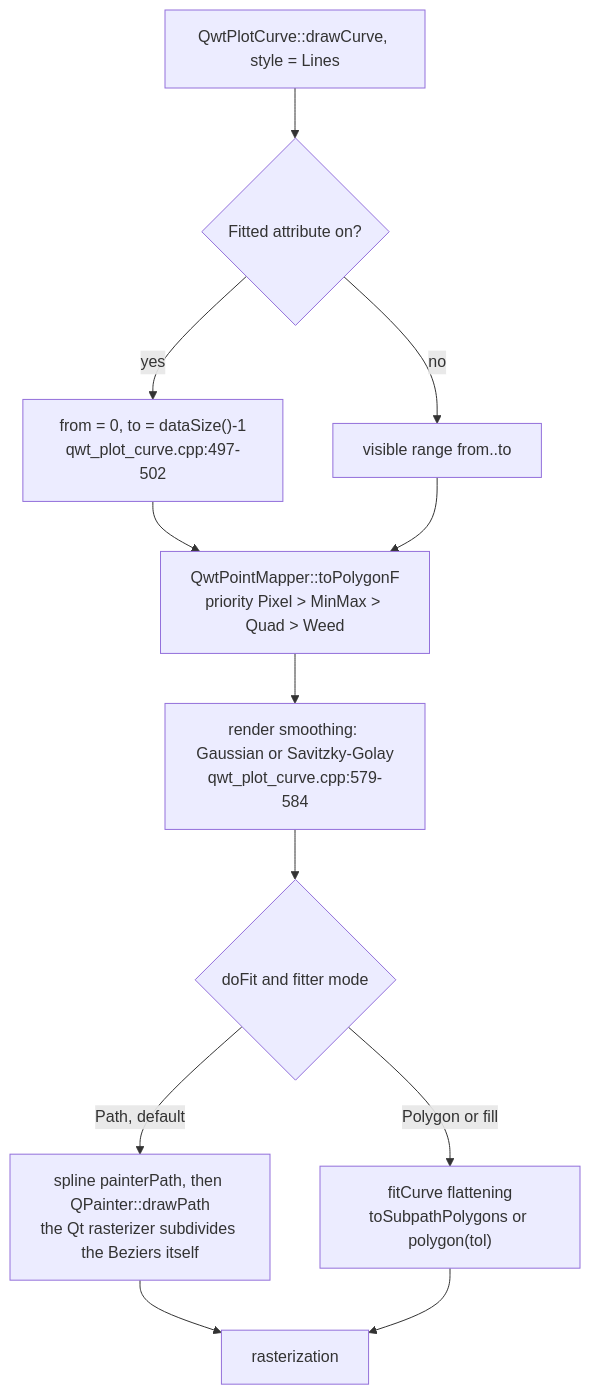
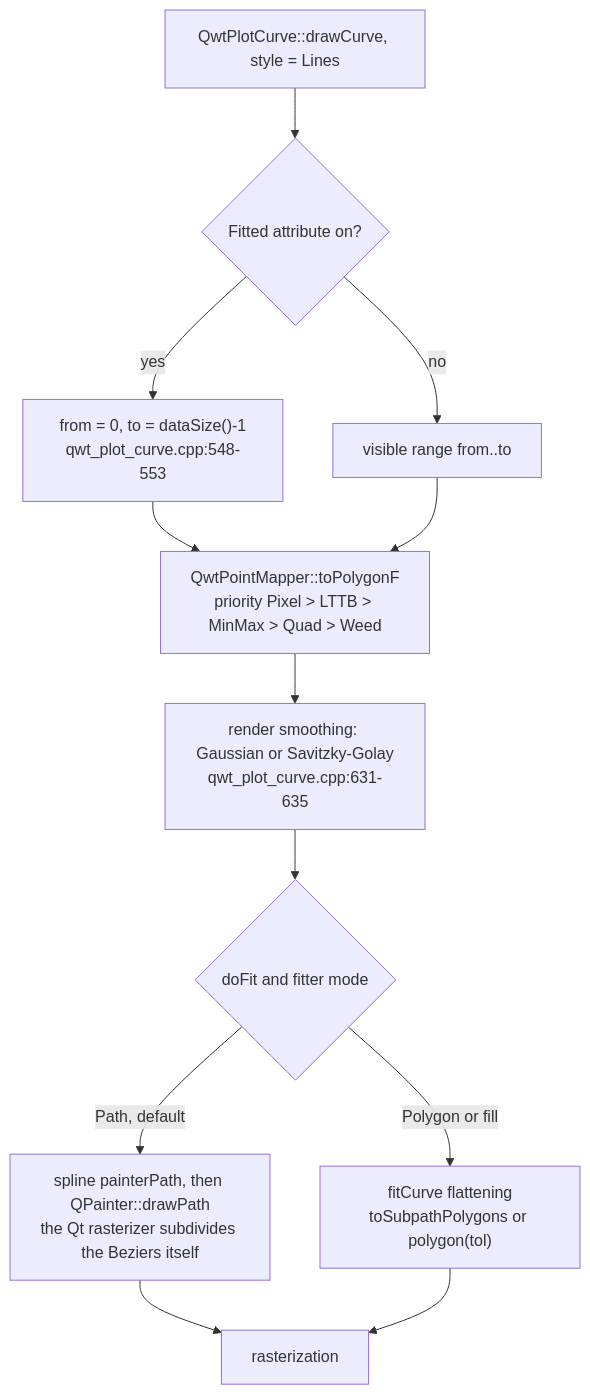
One commit to czyt1988/QWT changed the second of 2 diagrams in docs/tech-report/spline-family.md. Above: the diagram before and after it, drawn with Mermaid. The commit also changed other lines of this file and 1 other file, not shown here.

````diff
--- a/docs/tech-report/spline-family.md
+++ b/docs/tech-report/spline-family.md
@@ -223,14 +223,14 @@
 ```mermaid
 flowchart TD
     A["QwtPlotCurve::drawCurve, style = Lines"] --> B{"Fitted attribute on?"}
-    B -->|"yes"| C["from = 0, to = dataSize()-1<br/>qwt_plot_curve.cpp:497-502"]
+    B -->|"yes"| C["from = 0, to = dataSize()-1<br/>qwt_plot_curve.cpp:548-553"]
     B -->|"no"| D["visible range from..to"]
-    C --> E["QwtPointMapper::toPolygonF<br/>priority Pixel &gt; MinMax &gt; Quad &gt; Weed"]
+    C --> E["QwtPointMapper::toPolygonF<br/>priority Pixel &gt; LTTB &gt; MinMax &gt; Quad &gt; Weed"]
     D --> E
-    E --> F["render smoothing: Gaussian or Savitzky-Golay<br/>qwt_plot_curve.cpp:579-584"]
+    E --> F["render smoothing: Gaussian or Savitzky-Golay<br/>qwt_plot_curve.cpp:631-635"]
     F --> G{"doFit and fitter mode"}
     G -->|"Path, default"| H["spline painterPath, then QPainter::drawPath<br/>the Qt rasterizer subdivides the Beziers itself"]
     G -->|"Polygon or fill"| I["fitCurve flattening<br/>toSubpathPolygons or polygon(tol)"]
     H --> J["rasterization"]
     I --> J
 ```
````
